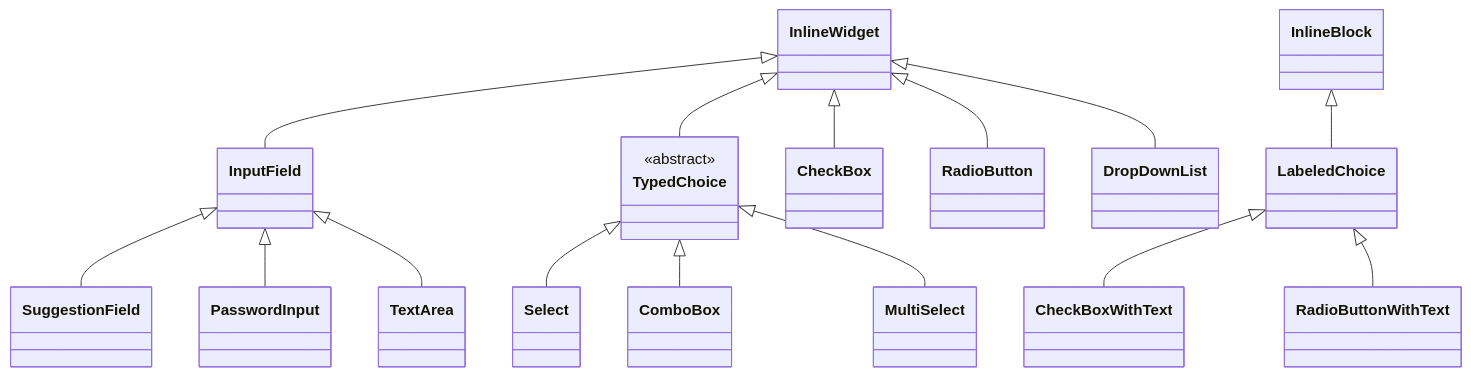
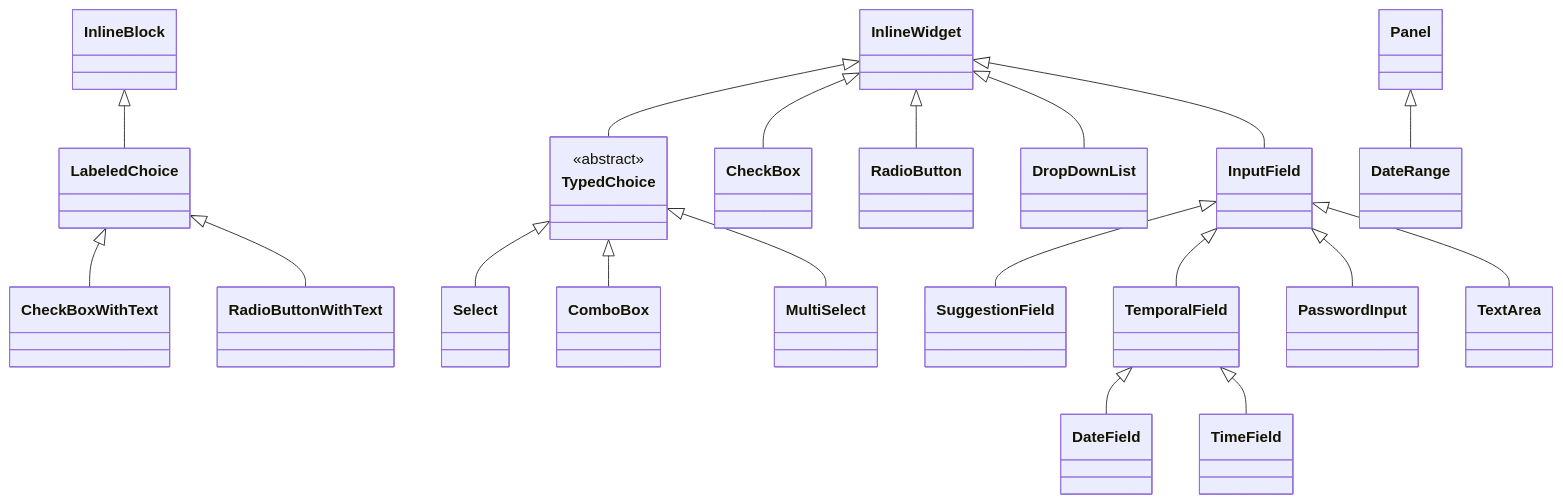
Before and after one commit to kniazkov/widgets: the fourth of 6 diagrams in docs/WIDGETS.md, drawn with Mermaid. The commit also changed other lines of this file and 31 other files, not shown here.

Commit message:
feat: add typed date, time and date range fields (R26)

````diff
--- a/docs/WIDGETS.md
+++ b/docs/WIDGETS.md
@@ -76,21 +76,25 @@
 ```mermaid
 classDiagram
     direction TB
     InlineWidget <|-- InputField
     InlineBlock <|-- LabeledChoice
     LabeledChoice <|-- CheckBoxWithText
     LabeledChoice <|-- RadioButtonWithText
     InlineWidget <|-- CheckBox
     InlineWidget <|-- RadioButton
     InlineWidget <|-- DropDownList
     class TypedChoice {
         <<abstract>>
     }
     InlineWidget <|-- TypedChoice
     TypedChoice <|-- Select
     TypedChoice <|-- ComboBox
     TypedChoice <|-- MultiSelect
     InputField <|-- SuggestionField
+    InputField <|-- TemporalField
+    TemporalField <|-- DateField
+    TemporalField <|-- TimeField
+    Panel <|-- DateRange
     InputField <|-- PasswordInput
     InputField <|-- TextArea
 ```
````
